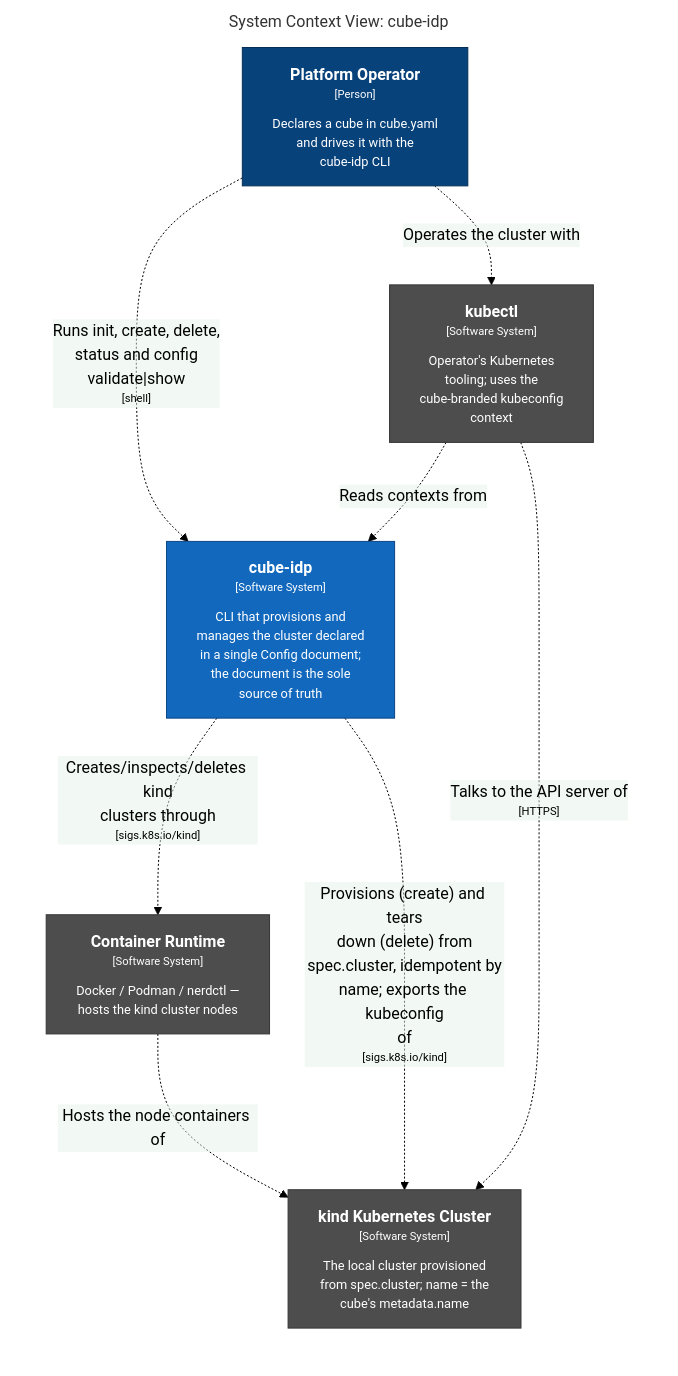
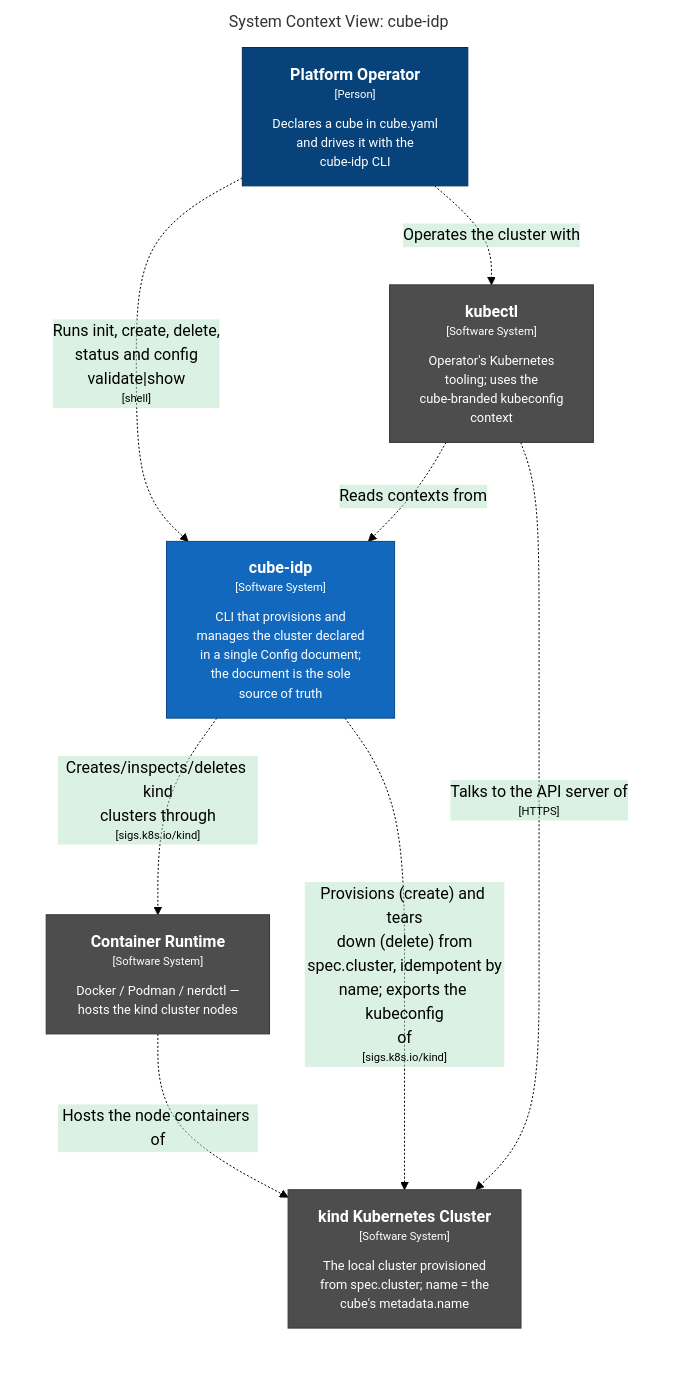
One commit to cube-idp/cube-idp changed the first of 3 diagrams in docs/ARCHITECTURE.md. Above: the diagram before and after it, drawn with Mermaid. The commit also changed other lines of this file and 1 other file, not shown here.

````diff
--- a/docs/ARCHITECTURE.md
+++ b/docs/ARCHITECTURE.md
@@ -159,29 +159,29 @@
 ```mermaid
-%%{init: {"themeVariables": {"lineColor": "#000000", "textColor": "#000000", "edgeLabelBackground": "#e6f4ea"}}}%%
+%%{init: {"themeVariables": {"lineColor": "#000000", "textColor": "#000000", "edgeLabelBackground": "#b7e4c7"}}}%%
 graph LR
   linkStyle default fill:#ffffff
 
   subgraph diagram ["System Context View: cube-idp"]
     style diagram fill:#ffffff,stroke:#ffffff
 
     1["<div style='font-weight: bold'>Platform Operator</div><div style='font-size: 70%; margin-top: 0px'>[Person]</div><div style='font-size: 80%; margin-top:10px'>Declares a cube in cube.yaml<br />and drives it with the<br />cube-idp CLI</div>"]
     style 1 fill:#08427b,stroke:#052e56,color:#ffffff
     13["<div style='font-weight: bold'>Container Runtime</div><div style='font-size: 70%; margin-top: 0px'>[Software System]</div><div style='font-size: 80%; margin-top:10px'>Docker / Podman / nerdctl —<br />hosts the kind cluster nodes</div>"]
     style 13 fill:#4d4d4d,stroke:#353535,color:#ffffff
     14["<div style='font-weight: bold'>kind Kubernetes Cluster</div><div style='font-size: 70%; margin-top: 0px'>[Software System]</div><div style='font-size: 80%; margin-top:10px'>The local cluster provisioned<br />from spec.cluster; name = the<br />cube's metadata.name</div>"]
     style 14 fill:#4d4d4d,stroke:#353535,color:#ffffff
     15["<div style='font-weight: bold'>kubectl</div><div style='font-size: 70%; margin-top: 0px'>[Software System]</div><div style='font-size: 80%; margin-top:10px'>Operator's Kubernetes<br />tooling; uses the<br />cube-branded kubeconfig<br />context</div>"]
     style 15 fill:#4d4d4d,stroke:#353535,color:#ffffff
     2["<div style='font-weight: bold'>cube-idp</div><div style='font-size: 70%; margin-top: 0px'>[Software System]</div><div style='font-size: 80%; margin-top:10px'>CLI that provisions and<br />manages the cluster declared<br />in a single Config document;<br />the document is the sole<br />source of truth</div>"]
     style 2 fill:#1168bd,stroke:#0b4884,color:#ffffff
 
     1-. "<div>Runs init, create, delete,<br />status and config<br />validate|show</div><div style='font-size: 70%'>[shell]</div>" .->2
     1-. "<div>Operates the cluster with</div><div style='font-size: 70%'></div>" .->15
     15-. "<div>Reads contexts from</div><div style='font-size: 70%'></div>" .->2
     15-. "<div>Talks to the API server of</div><div style='font-size: 70%'>[HTTPS]</div>" .->14
     13-. "<div>Hosts the node containers of</div><div style='font-size: 70%'></div>" .->14
     2-. "<div>Creates/inspects/deletes kind<br />clusters through</div><div style='font-size: 70%'>[sigs.k8s.io/kind]</div>" .->13
     2-. "<div>Provisions (create) and tears<br />down (delete) from<br />spec.cluster, idempotent by<br />name; exports the kubeconfig<br />of</div><div style='font-size: 70%'>[sigs.k8s.io/kind]</div>" .->14
 
   end
 ```
````
